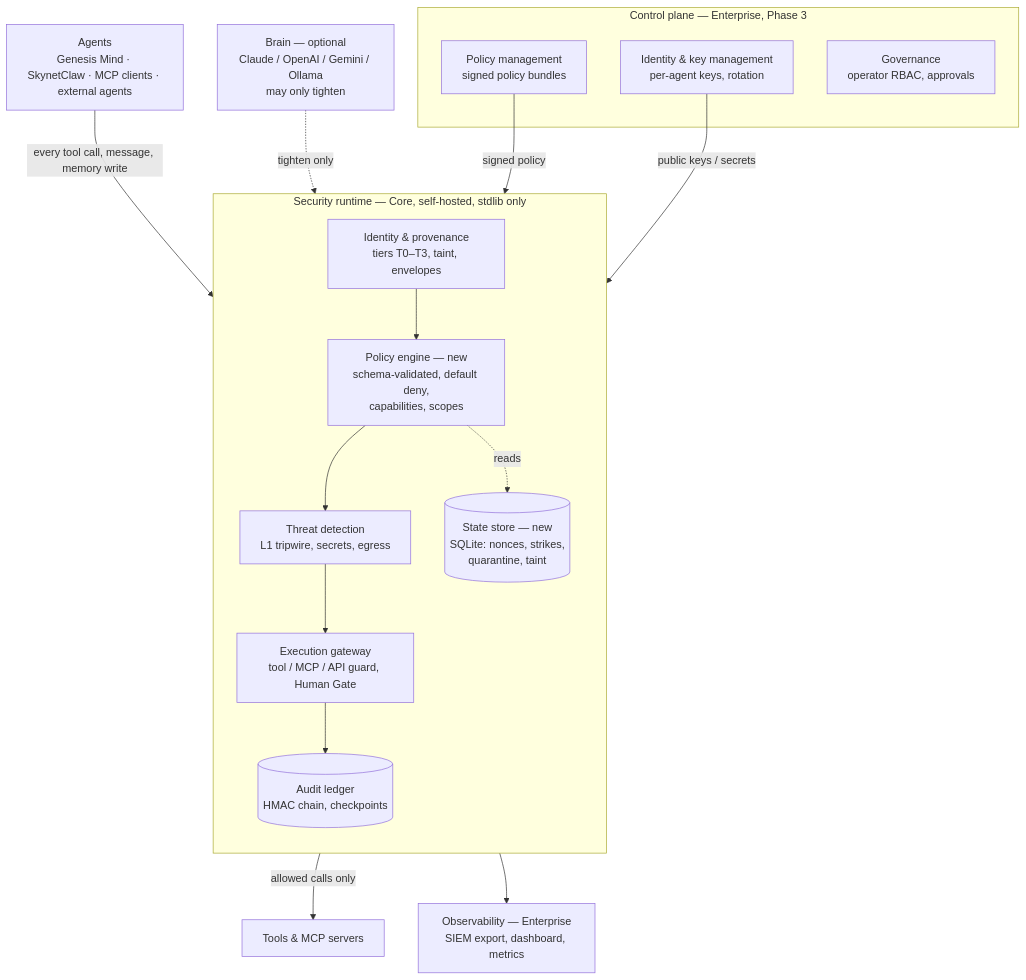
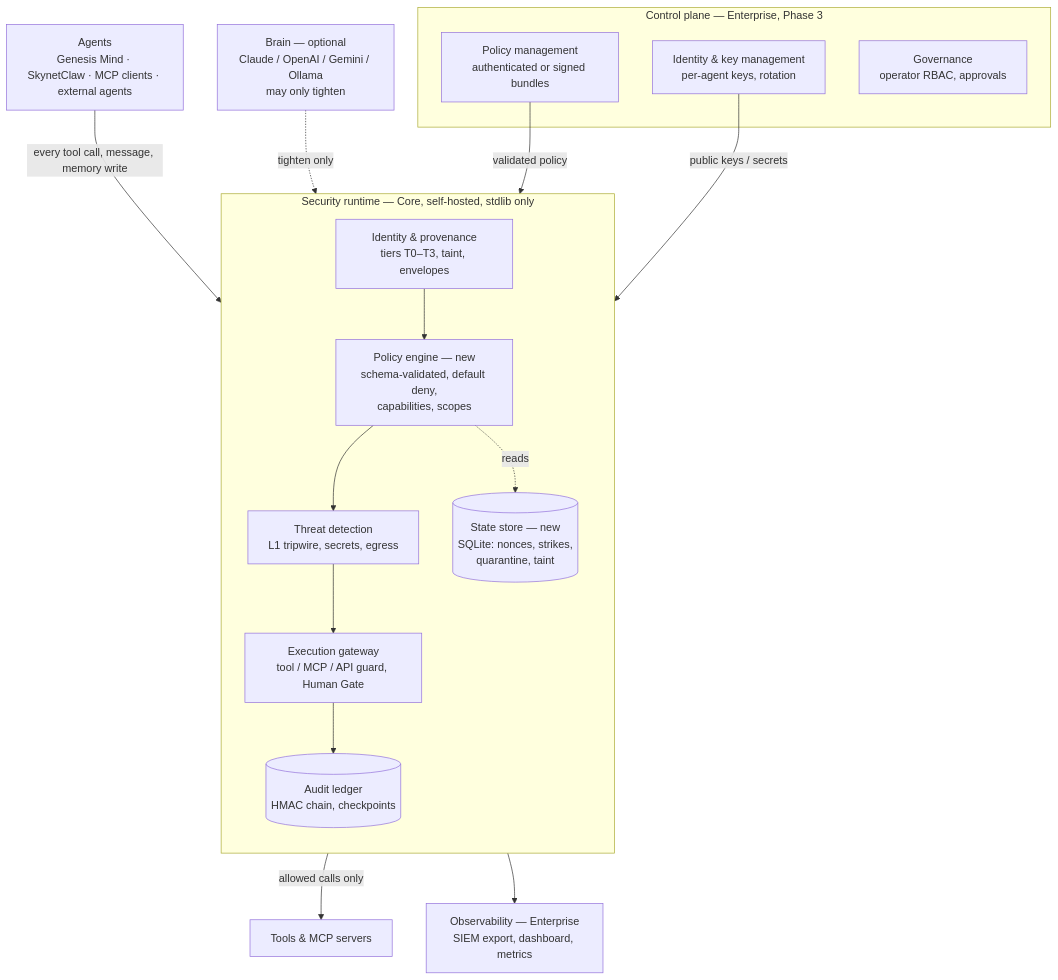
Before and after one commit to ElmatadorZ/Genesis-security: the diagram in docs/product/architecture.md, drawn with Mermaid. The commit also changed 14 other files, not shown here.

````diff
--- a/docs/product/architecture.md
+++ b/docs/product/architecture.md
@@ -5,33 +5,33 @@
 ```mermaid
 flowchart TB
   subgraph CP[Control plane — Enterprise, Phase 3]
-    PM[Policy management<br/>signed policy bundles]
+    PM[Policy management<br/>authenticated or signed bundles]
     IDM[Identity & key management<br/>per-agent keys, rotation]
     GOV[Governance<br/>operator RBAC, approvals]
   end
 
   subgraph RT[Security runtime — Core, self-hosted, stdlib only]
     direction TB
     PROV[Identity & provenance<br/>tiers T0–T3, taint, envelopes]
     POL[Policy engine — new<br/>schema-validated, default deny,<br/>capabilities, scopes]
     DET[Threat detection<br/>L1 tripwire, secrets, egress]
     GW[Execution gateway<br/>tool / MCP / API guard, Human Gate]
     ST[(State store — new<br/>SQLite: nonces, strikes,<br/>quarantine, taint)]
     LED[(Audit ledger<br/>HMAC chain, checkpoints)]
     PROV --> POL --> DET --> GW
     POL -.reads.-> ST
     GW --> LED
   end
 
   BR[Brain — optional<br/>Claude / OpenAI / Gemini / Ollama<br/>may only tighten]
   AG[Agents<br/>Genesis Mind · SkynetClaw · MCP clients · external agents]
   TOOLS[Tools & MCP servers]
   OBS[Observability — Enterprise<br/>SIEM export, dashboard, metrics]
 
   AG -- every tool call, message, memory write --> PROV
   BR -. tighten only .-> GW
   GW -- allowed calls only --> TOOLS
-  PM -- signed policy --> POL
+  PM -- validated policy --> POL
   IDM -- public keys / secrets --> PROV
   LED --> OBS
 ```
````
